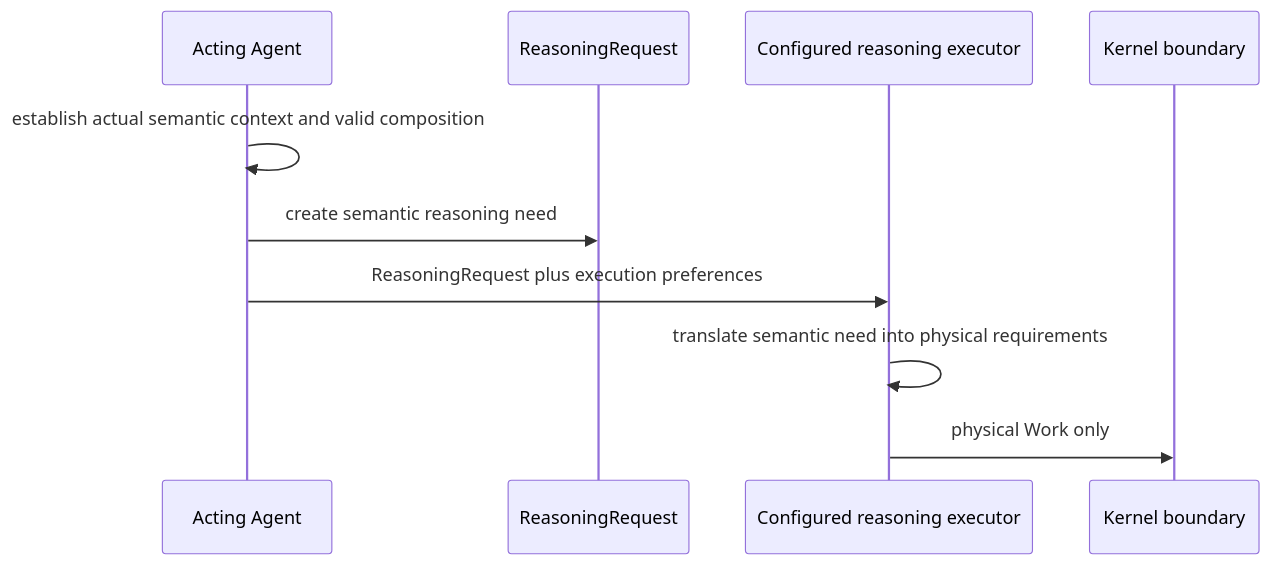
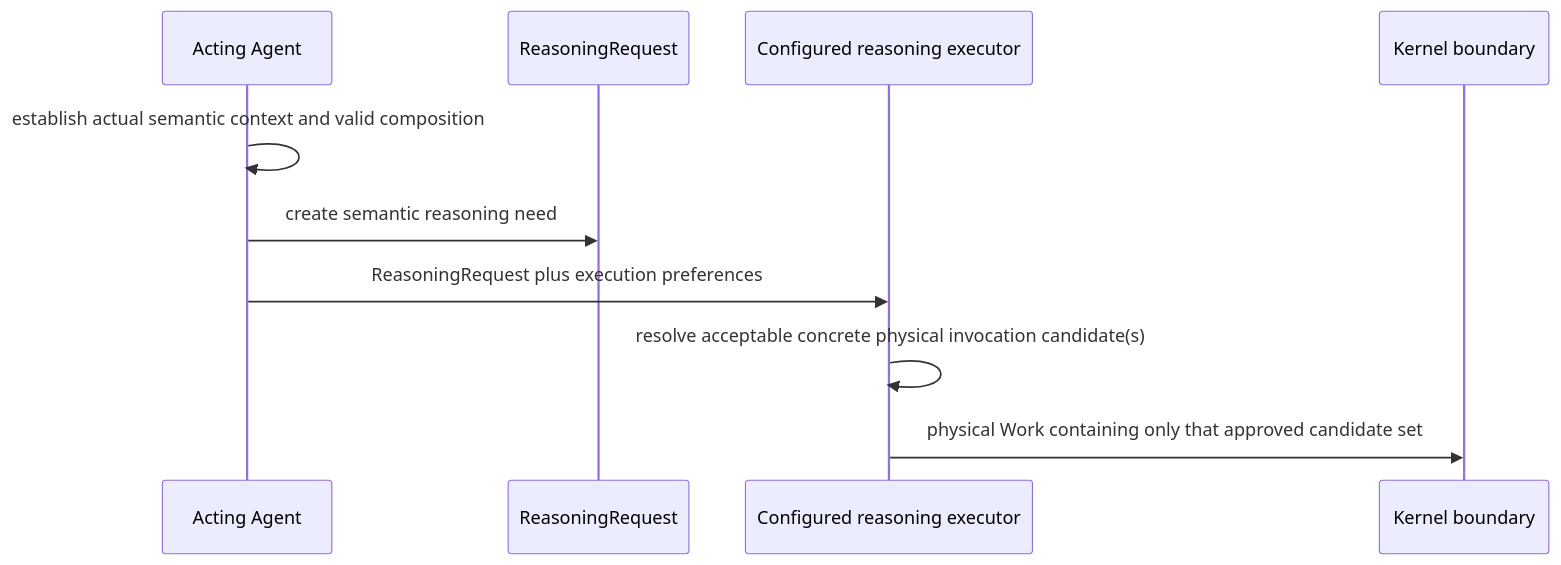
One commit to DidacLL/MADRE changed the eighth of 12 diagrams in docs/architecture/mid-level-architecture.md. Above: the diagram before and after it, drawn with Mermaid. The commit also changed other lines of this file and 40 other files, not shown here.

````diff
--- a/docs/architecture/mid-level-architecture.md
+++ b/docs/architecture/mid-level-architecture.md
@@ -306,13 +310,13 @@
 ```mermaid
 sequenceDiagram
     participant A as Acting Agent
     participant Q as ReasoningRequest
     participant X as Configured reasoning executor
     participant K as Kernel boundary
 
     A->>A: establish actual semantic context and valid composition
     A->>Q: create semantic reasoning need
     A->>X: ReasoningRequest plus execution preferences
-    X->>X: translate semantic need into physical requirements
-    X->>K: physical Work only
+    X->>X: resolve acceptable concrete physical invocation candidate(s)
+    X->>K: physical Work containing only that approved candidate set
 ```
````
